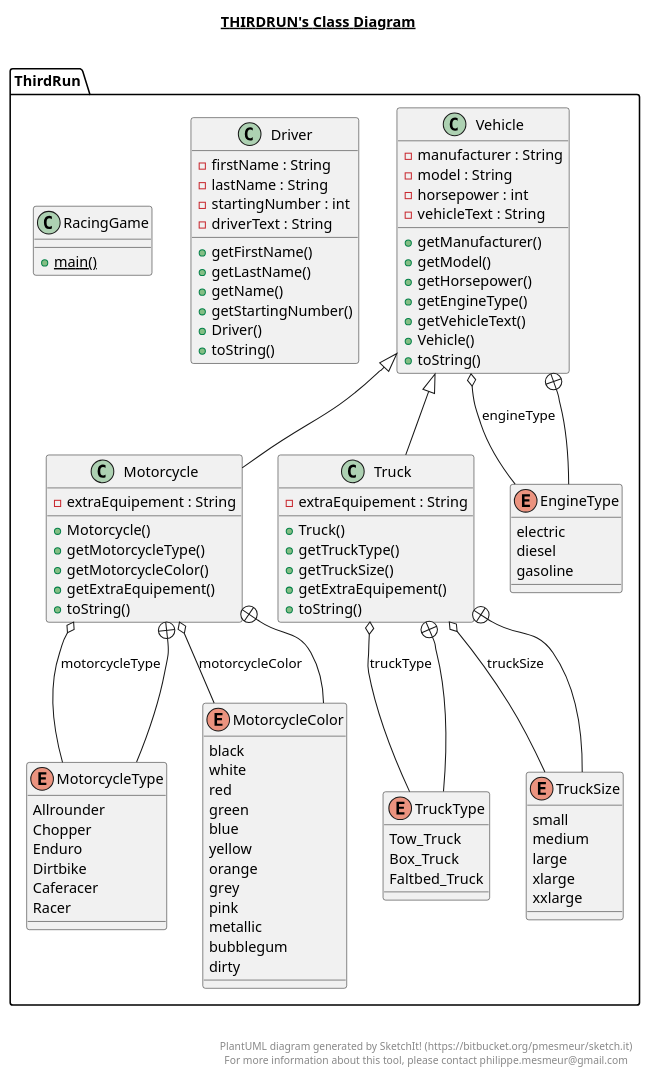
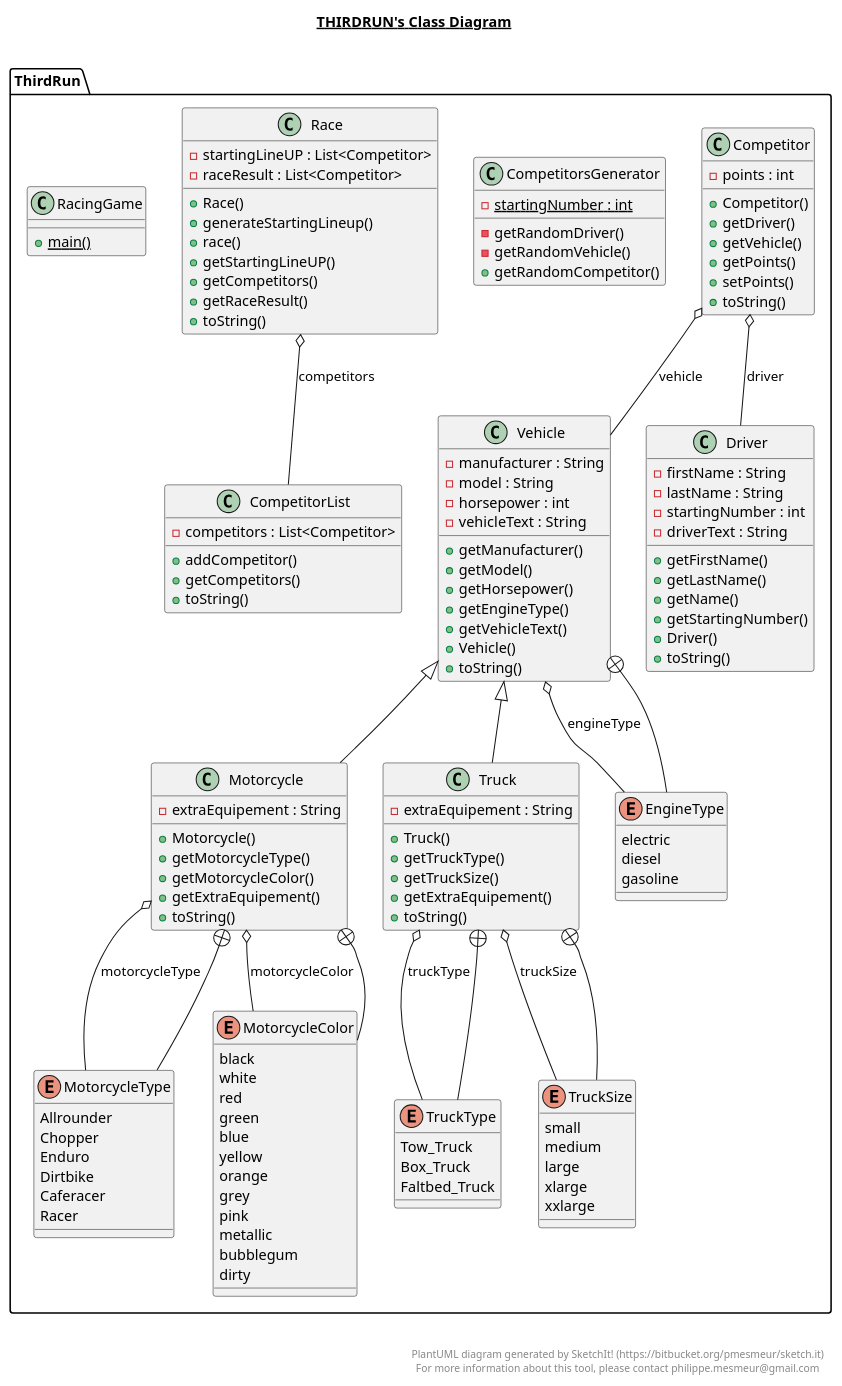
One commit to axelmotyka/adventcalendar changed the diagram in src/main/java/ThirdRun/ThirdRun.plantuml. Above: the diagram before and after it, drawn with PlantUML. The commit also changed 20 other files, not shown here.

Commit message:
ThirdRun exercise15 done among other things.

```diff
--- a/src/main/java/ThirdRun/ThirdRun.plantuml
+++ b/src/main/java/ThirdRun/ThirdRun.plantuml
@@ -1,149 +1,200 @@
 @startuml
 
 title __THIRDRUN's Class Diagram__\n
+
+  package ThirdRun {
+    class Competitor {
+        - points : int
+        + Competitor()
+        + getDriver()
+        + getVehicle()
+        + getPoints()
+        + setPoints()
+        + toString()
+    }
+  }
+  
+
+  package ThirdRun {
+    class CompetitorList {
+        - competitors : List<Competitor>
+        + addCompetitor()
+        + getCompetitors()
+        + toString()
+    }
+  }
+  
+
+  package ThirdRun {
+    class CompetitorsGenerator {
+        {static} - startingNumber : int
+        - getRandomDriver()
+        - getRandomVehicle()
+        + getRandomCompetitor()
+    }
+  }
+  
 
   package ThirdRun {
     class Driver {
         - firstName : String
         - lastName : String
         - startingNumber : int
         - driverText : String
         + getFirstName()
         + getLastName()
         + getName()
         + getStartingNumber()
         + Driver()
         + toString()
     }
   }
   
 
   package ThirdRun {
     class Motorcycle {
         - extraEquipement : String
         + Motorcycle()
         + getMotorcycleType()
         + getMotorcycleColor()
         + getExtraEquipement()
         + toString()
     }
   }
   
 
   package ThirdRun {
     enum MotorcycleType {
       Allrounder
       Chopper
       Enduro
       Dirtbike
       Caferacer
       Racer
     }
   }
   
 
   package ThirdRun {
     enum MotorcycleColor {
       black
       white
       red
       green
       blue
       yellow
       orange
       grey
       pink
       metallic
       bubblegum
       dirty
+    }
+  }
+  
+
+  package ThirdRun {
+    class Race {
+        - startingLineUP : List<Competitor>
+        - raceResult : List<Competitor>
+        + Race()
+        + generateStartingLineup()
+        + race()
+        + getStartingLineUP()
+        + getCompetitors()
+        + getRaceResult()
+        + toString()
     }
   }
   
 
   package ThirdRun {
     class RacingGame {
         {static} + main()
     }
   }
   
 
   package ThirdRun {
     class Truck {
         - extraEquipement : String
         + Truck()
         + getTruckType()
         + getTruckSize()
         + getExtraEquipement()
         + toString()
     }
   }
   
 
   package ThirdRun {
     enum TruckType {
       Tow_Truck
       Box_Truck
       Faltbed_Truck
     }
   }
   
 
   package ThirdRun {
     enum TruckSize {
       small
       medium
       large
       xlarge
       xxlarge
     }
   }
   
 
   package ThirdRun {
     class Vehicle {
         - manufacturer : String
         - model : String
         - horsepower : int
         - vehicleText : String
         + getManufacturer()
         + getModel()
         + getHorsepower()
         + getEngineType()
         + getVehicleText()
         + Vehicle()
         + toString()
     }
   }
   
 
   package ThirdRun {
     enum EngineType {
       electric
       diesel
       gasoline
     }
   }
   
 
+  Competitor o-- Driver : driver
+  Competitor o-- Vehicle : vehicle
   Motorcycle -up-|> Vehicle
   Motorcycle o-- MotorcycleType : motorcycleType
   Motorcycle o-- MotorcycleColor : motorcycleColor
   Motorcycle +-down- MotorcycleType
   Motorcycle +-down- MotorcycleColor
+  Race o-- CompetitorList : competitors
   Truck -up-|> Vehicle
   Truck o-- TruckType : truckType
   Truck o-- TruckSize : truckSize
   Truck +-down- TruckType
   Truck +-down- TruckSize
   Vehicle o-- EngineType : engineType
   Vehicle +-down- EngineType
 
 
 right footer
 
 
 PlantUML diagram generated by SketchIt! (https://bitbucket.org/pmesmeur/sketch.it)
 For more information about this tool, please contact philippe.mesmeur@gmail.com
 endfooter
 
 @enduml
```
